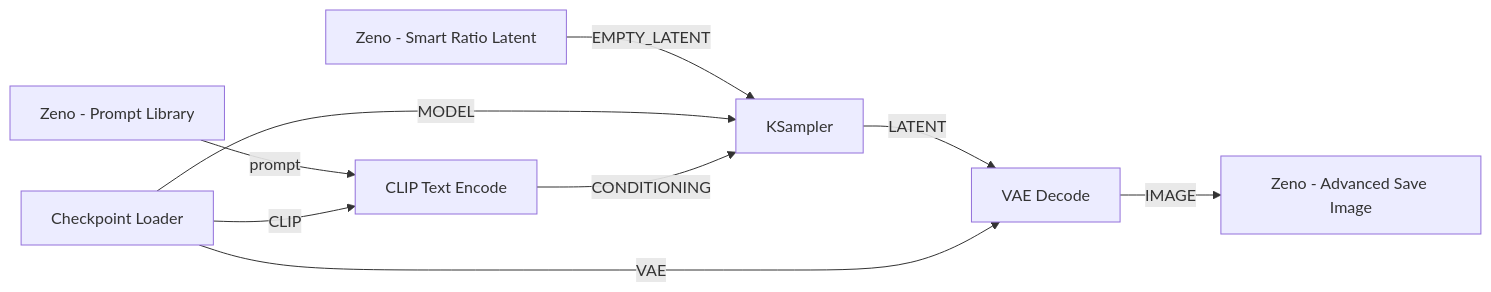
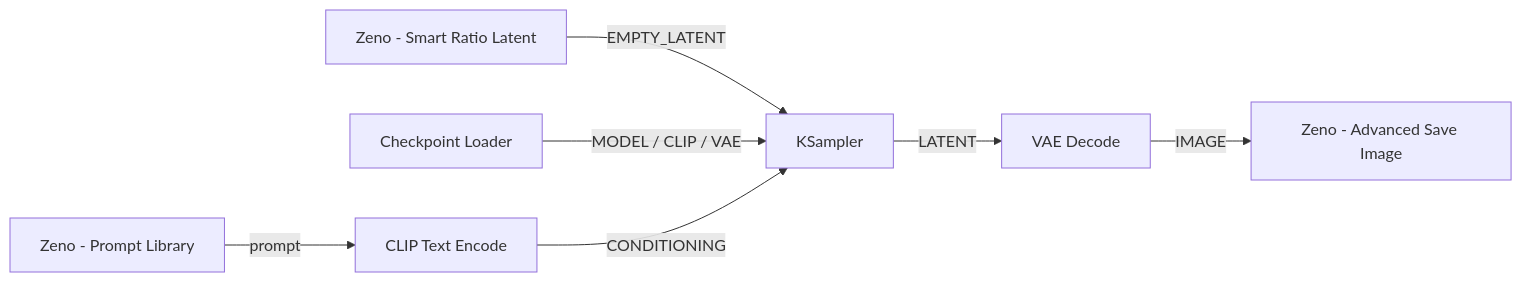
One commit to ZenoSigma/Zeno-node changed the diagram in README.md. Above: the diagram before and after it, drawn with Mermaid. The commit also changed other lines of this file, not shown here.

````diff
--- a/README.md
+++ b/README.md
@@ -105,11 +50,9 @@
 ```mermaid
 graph LR
     PL[Zeno - Prompt Library] -->|prompt| CLIP[CLIP Text Encode]
     RL[Zeno - Smart Ratio Latent] -->|EMPTY_LATENT| KS[KSampler]
-    CKPT[Checkpoint Loader] -->|MODEL| KS
-    CKPT -->|CLIP| CLIP
+    CKPT[Checkpoint Loader] -->|MODEL / CLIP / VAE| KS
     CLIP -->|CONDITIONING| KS
     KS -->|LATENT| VAE[VAE Decode]
-    CKPT -->|VAE| VAE
     VAE -->|IMAGE| ASI[Zeno - Advanced Save Image]
 ```
````
